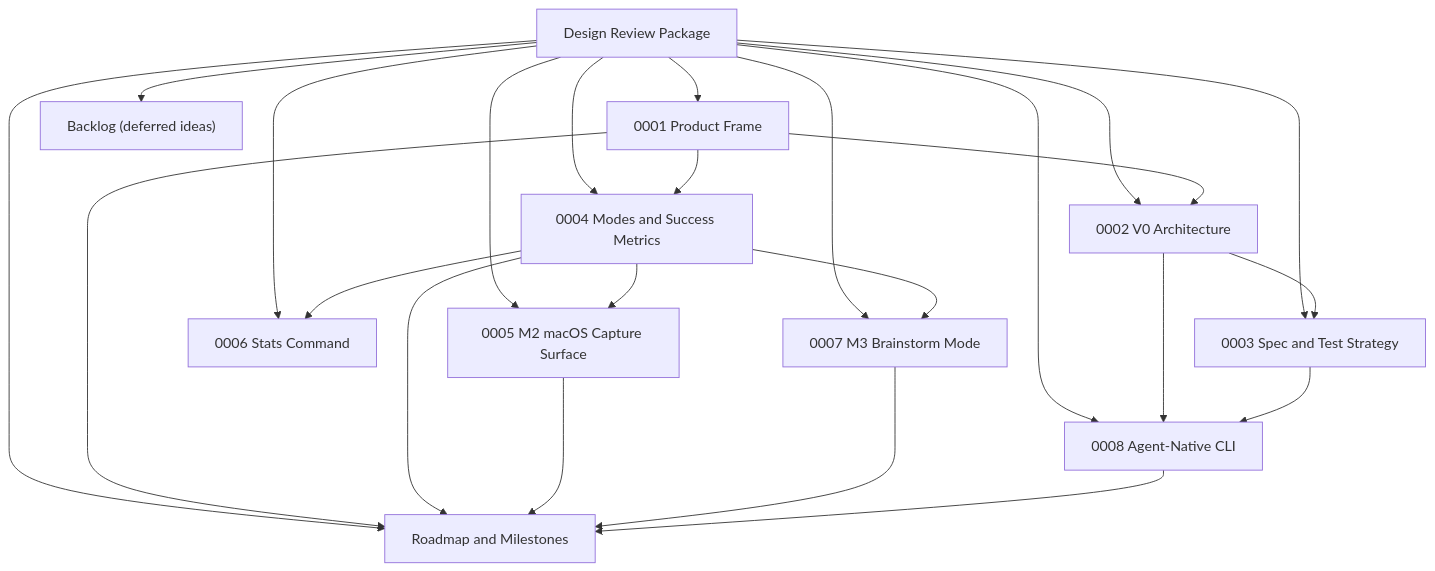
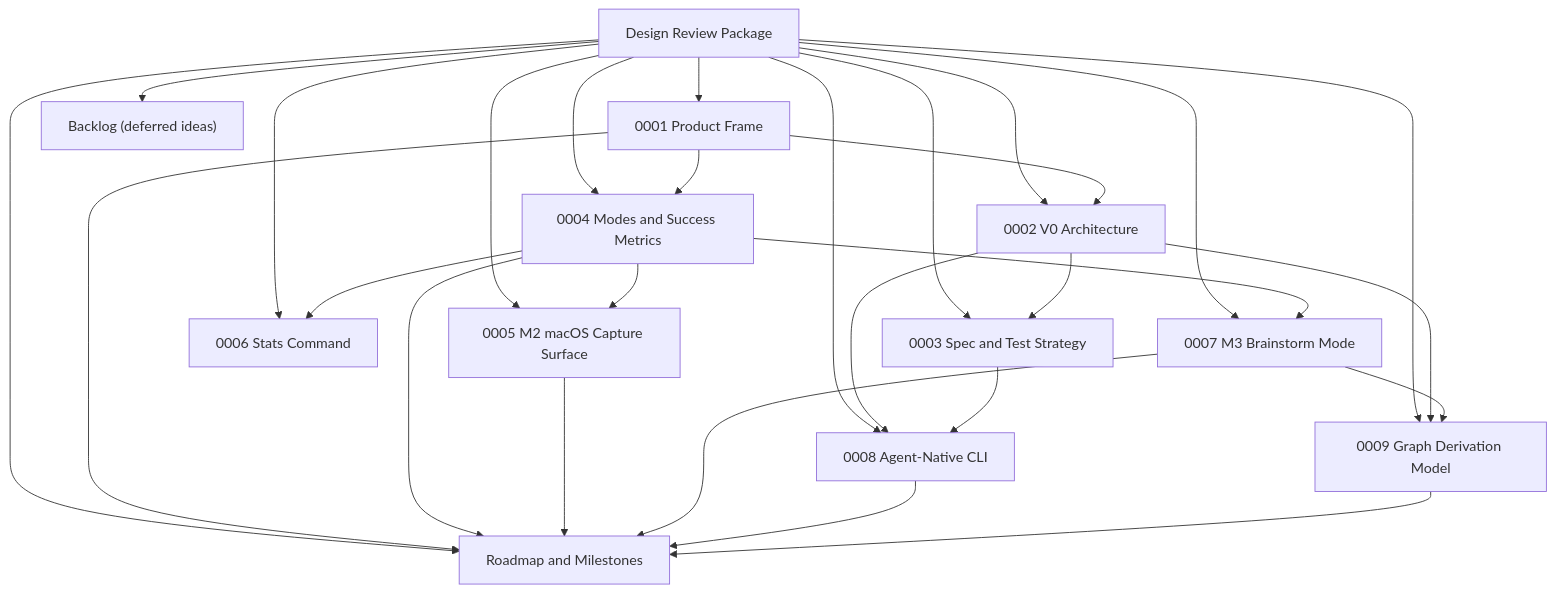
One commit to flyingrobots/think changed the diagram in docs/design/README.md. Above: the diagram before and after it, drawn with Mermaid. The commit also changed other lines of this file and 2 other files, not shown here.

Commit message:
Add graph derivation design note

````diff
--- a/docs/design/README.md
+++ b/docs/design/README.md
@@ -36,26 +37,30 @@
 ```mermaid
 flowchart TD
     R["Design Review Package"] --> P["0001 Product Frame"]
     R --> A["0002 V0 Architecture"]
     R --> T["0003 Spec and Test Strategy"]
     R --> M["0004 Modes and Success Metrics"]
     R --> M2["0005 M2 macOS Capture Surface"]
     R --> S["0006 Stats Command"]
     R --> B3["0007 M3 Brainstorm Mode"]
     R --> A8["0008 Agent-Native CLI"]
+    R --> G9["0009 Graph Derivation Model"]
     R --> RD["Roadmap and Milestones"]
     R --> BL["Backlog (deferred ideas)"]
     P --> A
     P --> M
     A --> T
     P --> RD
     M --> RD
     M --> M2
     M --> S
     M --> B3
     A --> A8
+    A --> G9
+    B3 --> G9
     T --> A8
     M2 --> RD
     B3 --> RD
     A8 --> RD
+    G9 --> RD
 ```
````
